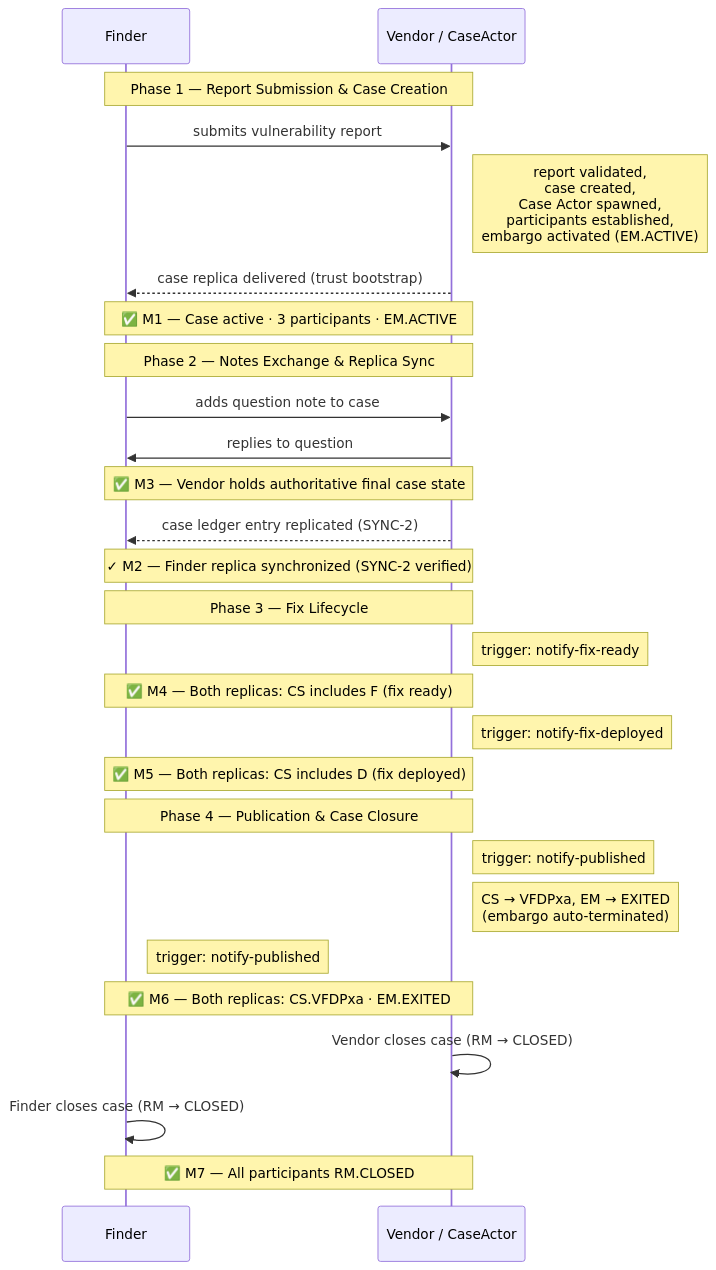
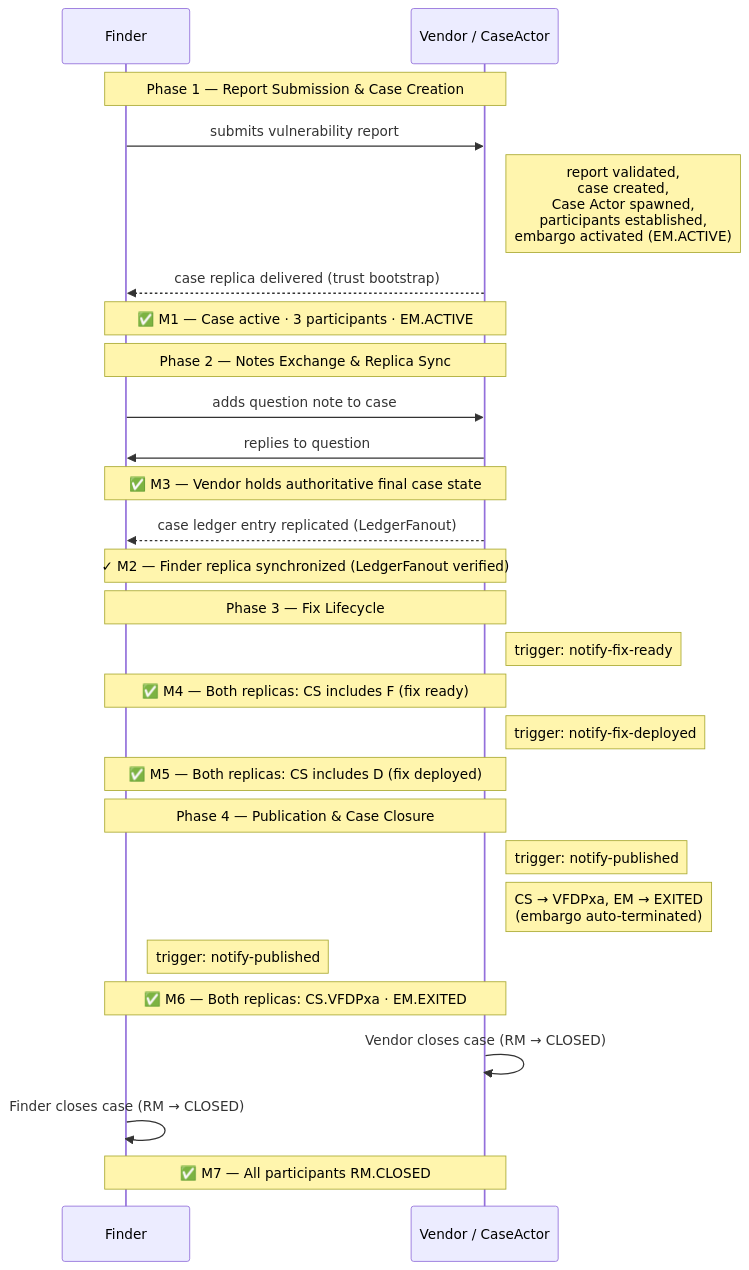
Before and after one commit to CERTCC/Vultron: the diagram in docs/tutorials/fv-demo.md, drawn with Mermaid. The commit also changed other lines of this file and 41 other files, not shown here.

First line of the commit message:
refactor: rename SYNC-1/2/3/4 to domain-grounded ledger sync concepts

````diff
--- a/docs/tutorials/fv-demo.md
+++ b/docs/tutorials/fv-demo.md
@@ -117,41 +117,41 @@
 ```mermaid
 sequenceDiagram
     participant F as Finder
     participant V as Vendor / CaseActor
 
     note over F,V: Phase 1 — Report Submission & Case Creation
 
     F->>V: submits vulnerability report
     note right of V: report validated,<br/>case created,<br/>Case Actor spawned,<br/>participants established,<br/>embargo activated (EM.ACTIVE)
     V-->>F: case replica delivered (trust bootstrap)
 
     note over F,V: ✅ M1 — Case active · 3 participants · EM.ACTIVE
 
     note over F,V: Phase 2 — Notes Exchange & Replica Sync
 
     F->>V: adds question note to case
     V->>F: replies to question
     note over F,V: ✅ M3 — Vendor holds authoritative final case state
 
-    V-->>F: case ledger entry replicated (SYNC-2)
-    note over F,V: ✓ M2 — Finder replica synchronized (SYNC-2 verified)
+    V-->>F: case ledger entry replicated (LedgerFanout)
+    note over F,V: ✓ M2 — Finder replica synchronized (LedgerFanout verified)
 
     note over F,V: Phase 3 — Fix Lifecycle
 
     note right of V: trigger: notify-fix-ready
     note over F,V: ✅ M4 — Both replicas: CS includes F (fix ready)
 
     note right of V: trigger: notify-fix-deployed
     note over F,V: ✅ M5 — Both replicas: CS includes D (fix deployed)
 
     note over F,V: Phase 4 — Publication & Case Closure
 
     note right of V: trigger: notify-published
     note right of V: CS → VFDPxa, EM → EXITED<br/>(embargo auto-terminated)
     note right of F: trigger: notify-published
     note over F,V: ✅ M6 — Both replicas: CS.VFDPxa · EM.EXITED
 
     V->>V: Vendor closes case (RM → CLOSED)
     F->>F: Finder closes case (RM → CLOSED)
     note over F,V: ✅ M7 — All participants RM.CLOSED
 ```
````
